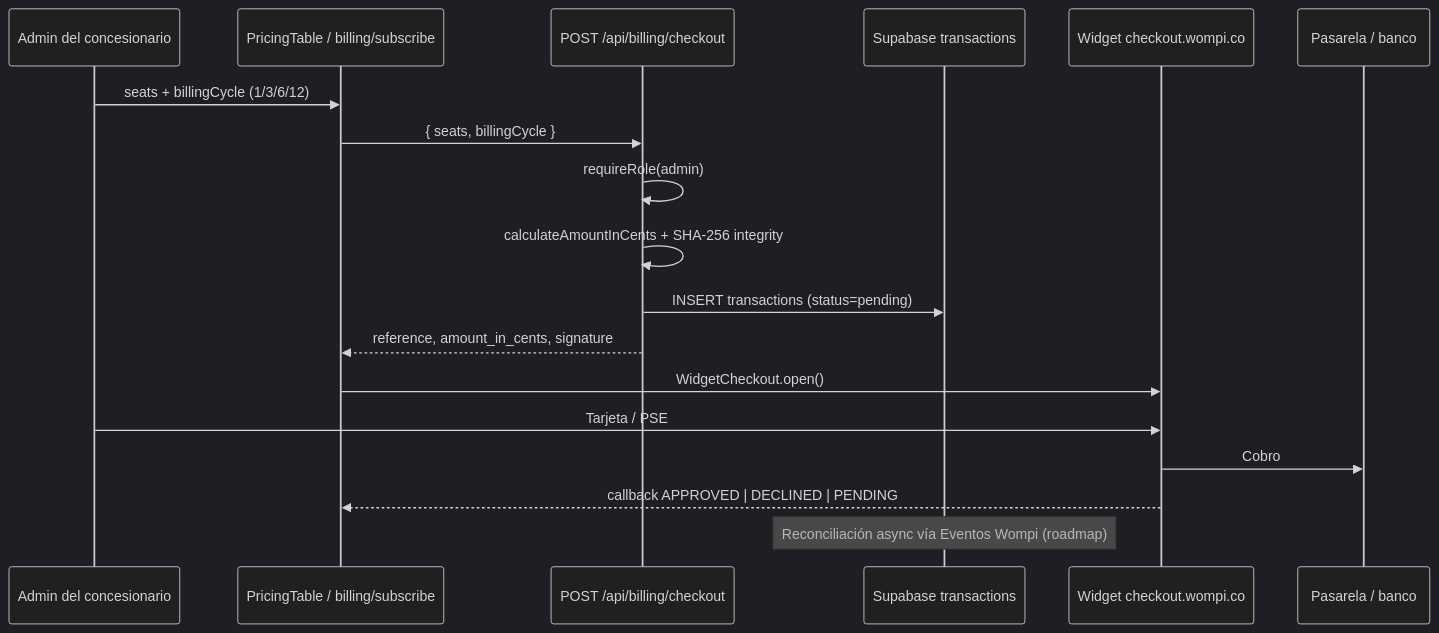
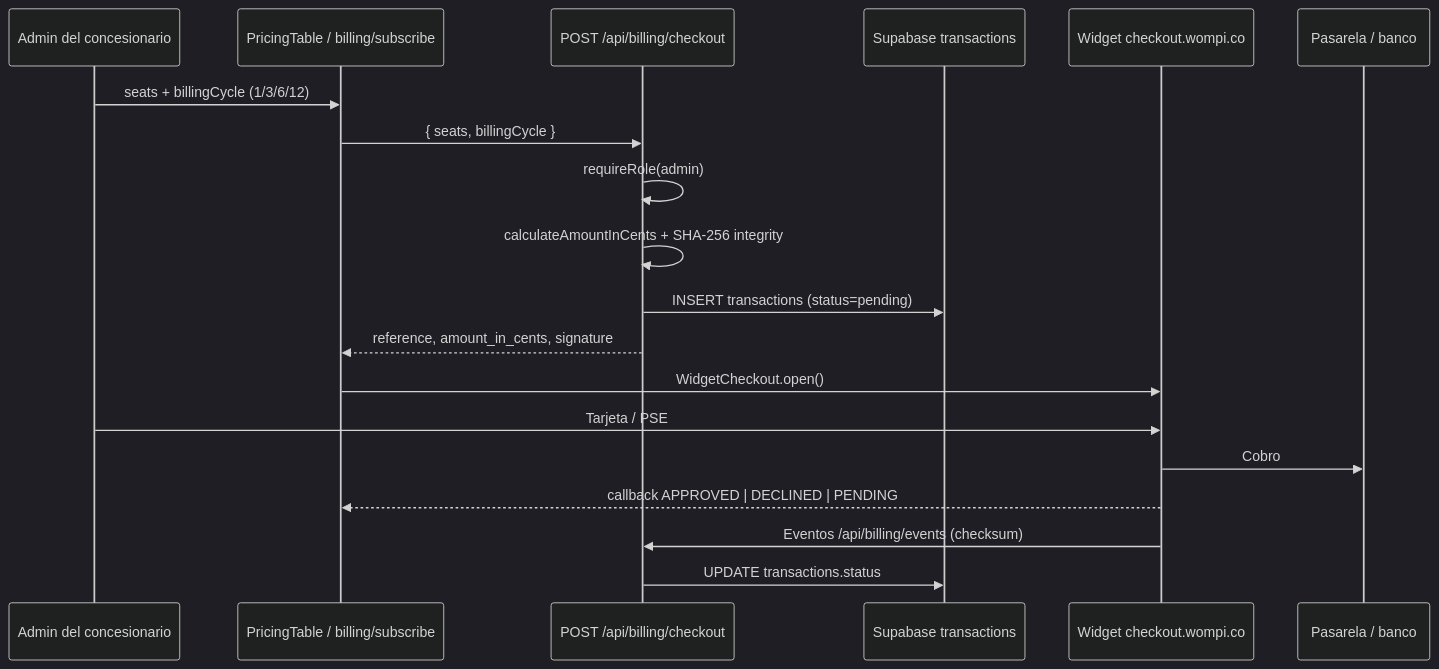
One commit to segarcia2024/wacrm changed the third of 3 diagrams in ARCHITECTURE.md. Above: the diagram before and after it, drawn with Mermaid (dark theme). The commit also changed other lines of this file and 222 other files, not shown here.

````diff
--- a/ARCHITECTURE.md
+++ b/ARCHITECTURE.md
@@ -214,21 +218,22 @@
 ```mermaid
 sequenceDiagram
   participant Admin as Admin del concesionario
   participant UI as PricingTable / billing/subscribe
   participant API as POST /api/billing/checkout
   participant DB as Supabase transactions
   participant Wompi as Widget checkout.wompi.co
   participant Bank as Pasarela / banco
 
   Admin->>UI: seats + billingCycle (1/3/6/12)
   UI->>API: { seats, billingCycle }
   API->>API: requireRole(admin)
   API->>API: calculateAmountInCents + SHA-256 integrity
   API->>DB: INSERT transactions (status=pending)
   API-->>UI: reference, amount_in_cents, signature
   UI->>Wompi: WidgetCheckout.open()
   Admin->>Wompi: Tarjeta / PSE
   Wompi->>Bank: Cobro
   Wompi-->>UI: callback APPROVED | DECLINED | PENDING
-  Note over DB: Reconciliación async vía Eventos Wompi (roadmap)
+  Wompi->>API: Eventos /api/billing/events (checksum)
+  API->>DB: UPDATE transactions.status
 ```
````
